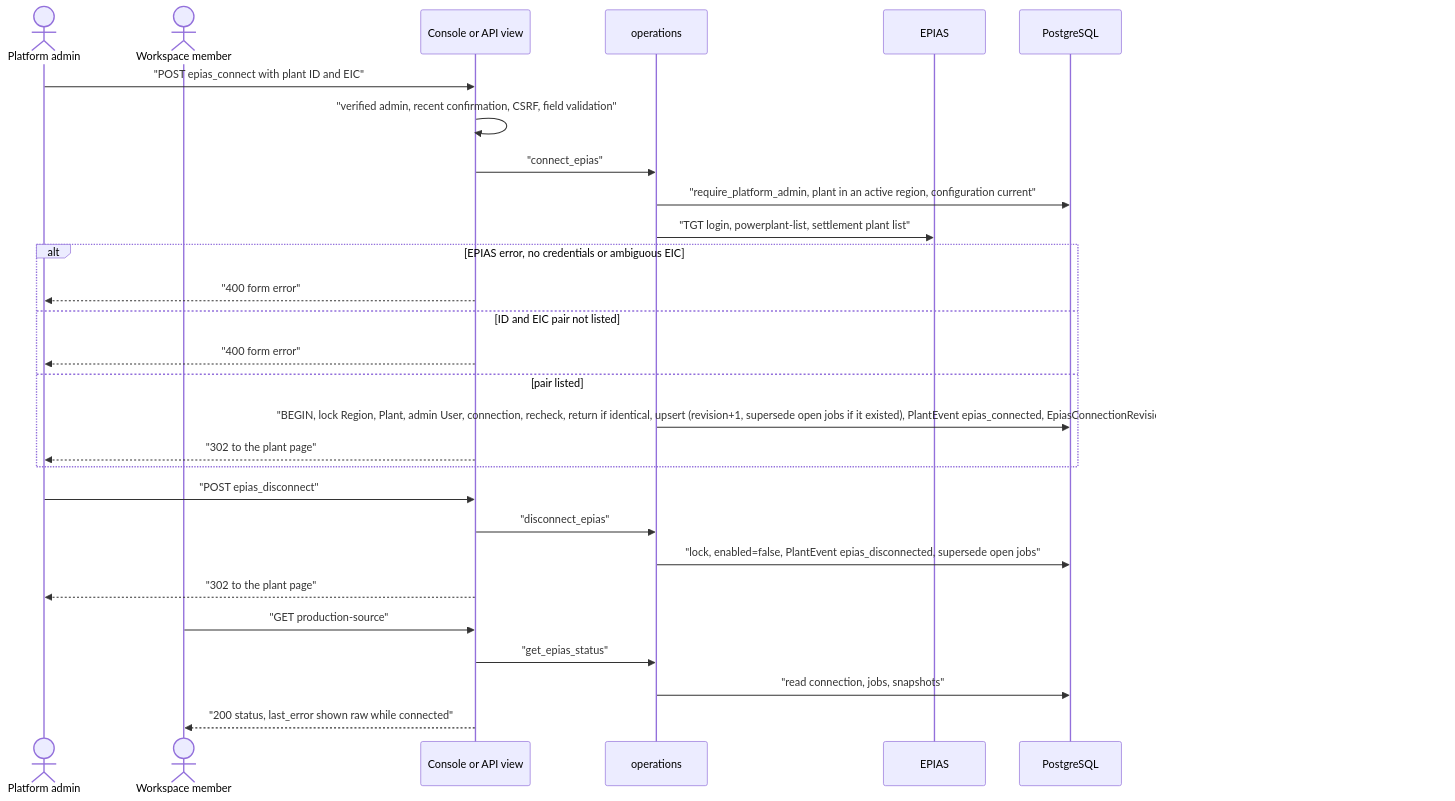
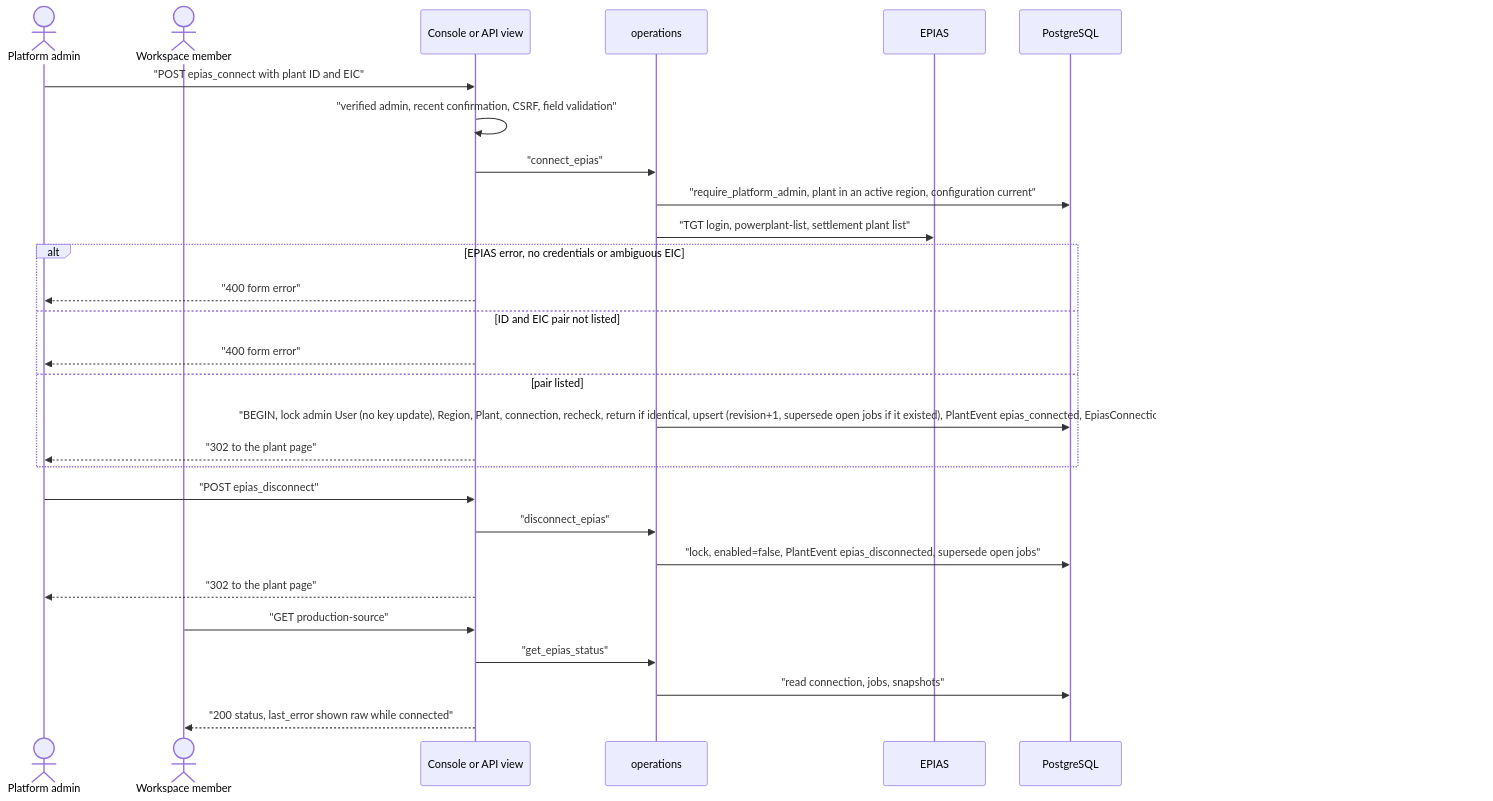
Before and after one commit to erkurtharun/pyracast: the diagram in docs/flows/epias-connection.md, drawn with Mermaid. The commit also changed other lines of this file and 67 other files, not shown here.

````diff
--- a/docs/flows/epias-connection.md
+++ b/docs/flows/epias-connection.md
@@ -13,30 +13,30 @@
 ```mermaid
 sequenceDiagram
     actor A as Platform admin
     actor M as Workspace member
     participant V as Console or API view
     participant O as operations
     participant E as EPIAS
     participant DB as PostgreSQL
     A->>V: "POST epias_connect with plant ID and EIC"
     V->>V: "verified admin, recent confirmation, CSRF, field validation"
     V->>O: "connect_epias"
     O->>DB: "require_platform_admin, plant in an active region, configuration current"
     O->>E: "TGT login, powerplant-list, settlement plant list"
     alt EPIAS error, no credentials or ambiguous EIC
         V-->>A: "400 form error"
     else ID and EIC pair not listed
         V-->>A: "400 form error"
     else pair listed
-        O->>DB: "BEGIN, lock Region, Plant, admin User, connection, recheck, return if identical, upsert (revision+1, supersede open jobs if it existed), PlantEvent epias_connected, EpiasConnectionRevision, 90 day jobs, 12 month jobs if settlement found, COMMIT"
+        O->>DB: "BEGIN, lock admin User (no key update), Region, Plant, connection, recheck, return if identical, upsert (revision+1, supersede open jobs if it existed), PlantEvent epias_connected, EpiasConnectionRevision, 90 day jobs, 12 month jobs if settlement found, COMMIT"
         V-->>A: "302 to the plant page"
     end
     A->>V: "POST epias_disconnect"
     V->>O: "disconnect_epias"
     O->>DB: "lock, enabled=false, PlantEvent epias_disconnected, supersede open jobs"
     V-->>A: "302 to the plant page"
     M->>V: "GET production-source"
     V->>O: "get_epias_status"
     O->>DB: "read connection, jobs, snapshots"
     V-->>M: "200 status, last_error shown raw while connected"
 ```
````
